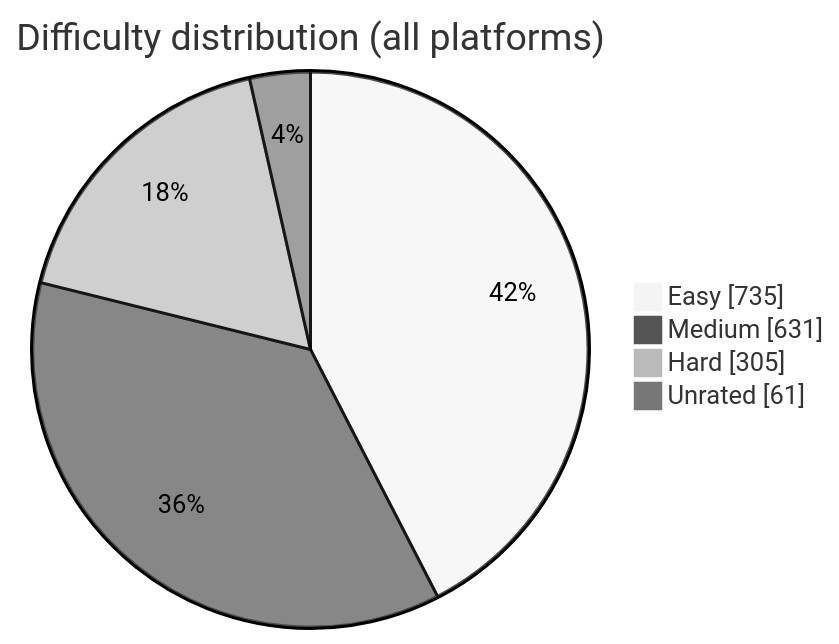
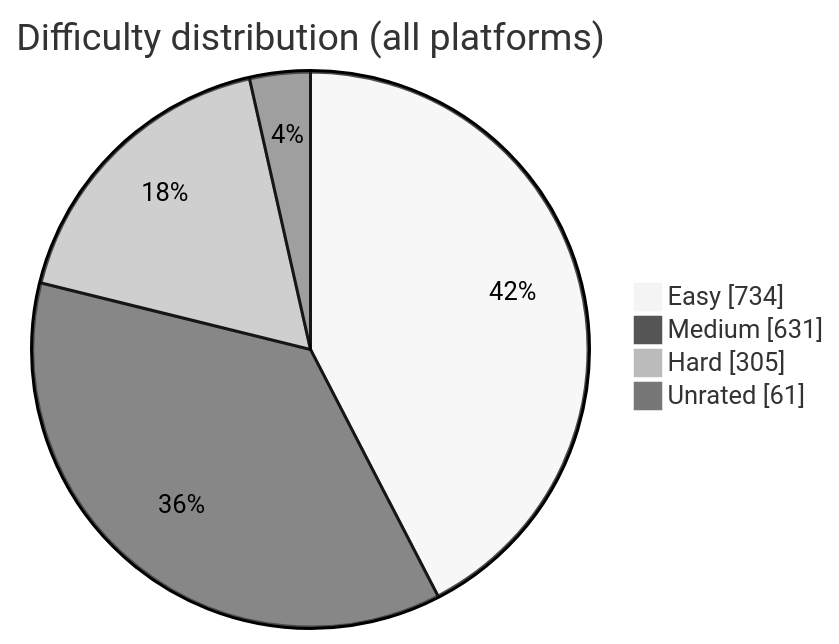
One commit to BuildbyArindam/Daily-Coding-Log changed the diagram in README.md. Above: the diagram before and after it, drawn with Mermaid (neutral theme). The commit also changed other lines of this file, not shown here.

````diff
--- a/README.md
+++ b/README.md
@@ -93,7 +93,7 @@
 ```mermaid
 pie showData title Difficulty distribution (all platforms)
-    "Easy" : 735
+    "Easy" : 734
     "Medium" : 631
     "Hard" : 305
     "Unrated" : 61
 ```
````
